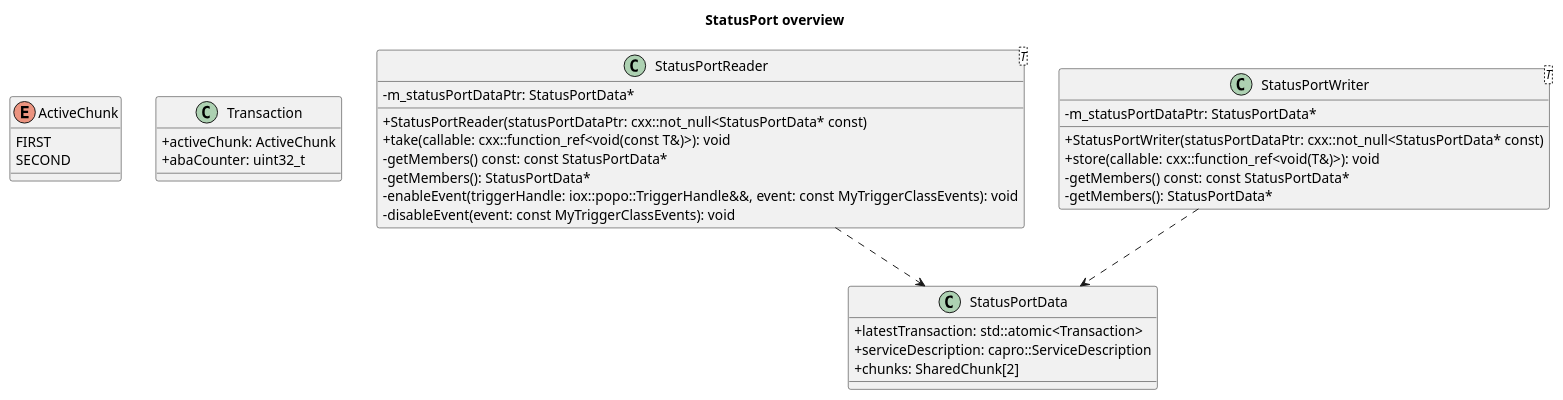
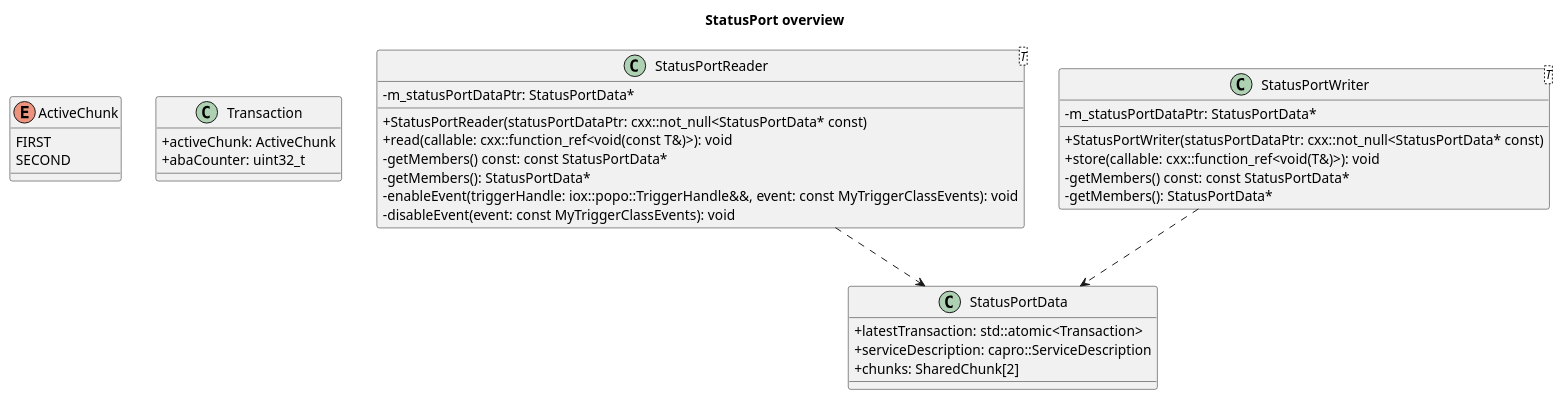
The diagram in doc/design/diagrams/status-port/status-port-overview.puml (eclipse-iceoryx/iceoryx), drawn with PlantUML before and after one commit. The commit also changed 1 other file, not shown here.

Commit message:
iox-#982 Rename take to read and copyTake to copy

```diff
--- a/doc/design/diagrams/status-port/status-port-overview.puml
+++ b/doc/design/diagrams/status-port/status-port-overview.puml
@@ -1,51 +1,51 @@
 @startuml
 
 title StatusPort overview
 
 skinparam classAttributeIconSize 0
 
 enum ActiveChunk {
   FIRST
   SECOND
 }
 
 class Transaction {
   +activeChunk: ActiveChunk
   +abaCounter: uint32_t
 }
 
 class StatusPortData {
   +latestTransaction: std::atomic<Transaction>
   +serviceDescription: capro::ServiceDescription
   +chunks: SharedChunk[2]
 }
 
 class StatusPortReader<T> {
   +StatusPortReader(statusPortDataPtr: cxx::not_null<StatusPortData* const)
-  +take(callable: cxx::function_ref<void(const T&)>): void
-  ' Open question if copyTake() is wanted
-  'copyTake(callable: cxx::function_ref<void(const T&)>): void)
+  +read(callable: cxx::function_ref<void(const T&)>): void
+  ' Open question if copy() is wanted
+  'copy(callable: cxx::function_ref<void(const T&)>): void)
   -getMembers() const: const StatusPortData*
   -getMembers(): StatusPortData*
   -enableEvent(triggerHandle: iox::popo::TriggerHandle&&, event: const MyTriggerClassEvents): void
   -disableEvent(event: const MyTriggerClassEvents): void
   ' Some more methods need to be implemented in the StatusPortReader to be attachable to a Listener
   ' See https://github.com/eclipse-iceoryx/iceoryx/blob/master/iceoryx_examples/waitset/ice_waitset_trigger.cpp
-  ' Open question if copyTake() is wanted
+  ' Open question if copy() is wanted
   '-m_copyOfUserData: T
   -m_statusPortDataPtr: StatusPortData*
 }
 
 
 class StatusPortWriter<T> {
   +StatusPortWriter(statusPortDataPtr: cxx::not_null<StatusPortData* const)
   +store(callable: cxx::function_ref<void(T&)>): void
   -getMembers() const: const StatusPortData*
   -getMembers(): StatusPortData*
   -m_statusPortDataPtr: StatusPortData*
 }
 
 StatusPortWriter ..> StatusPortData
 StatusPortReader ..> StatusPortData
 
 @enduml
```
